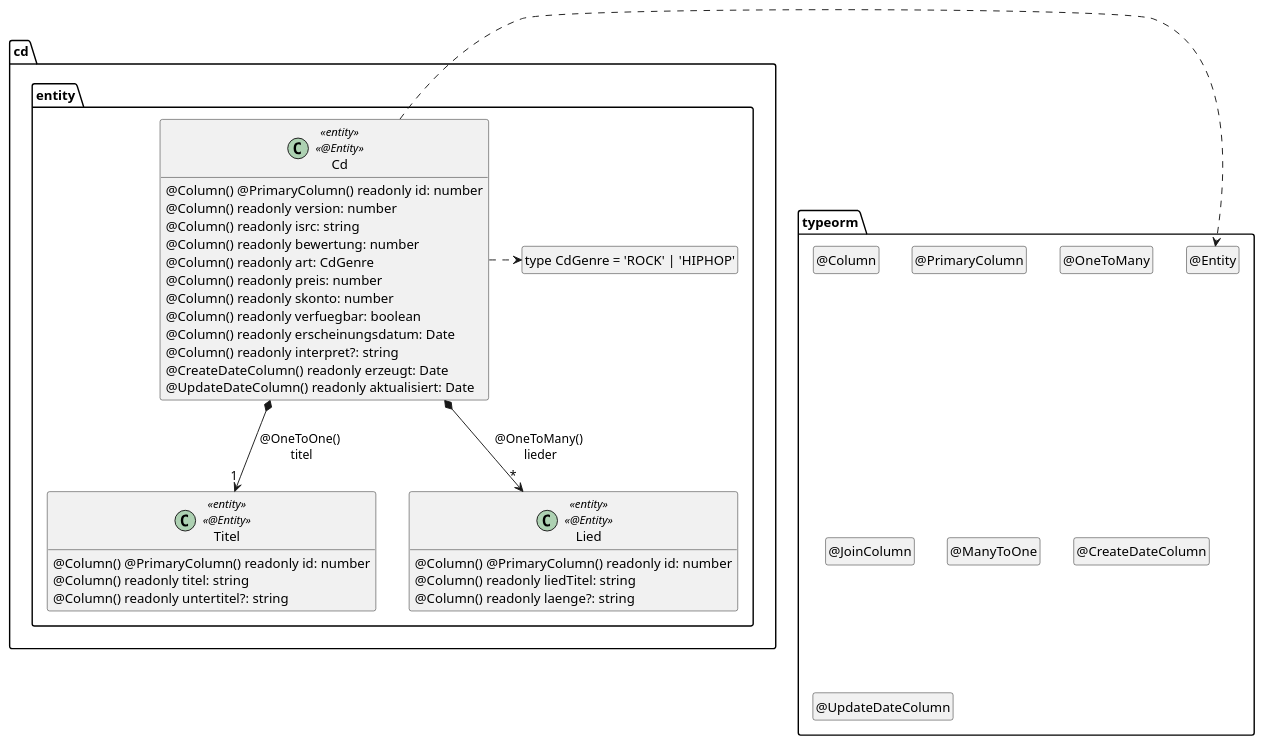
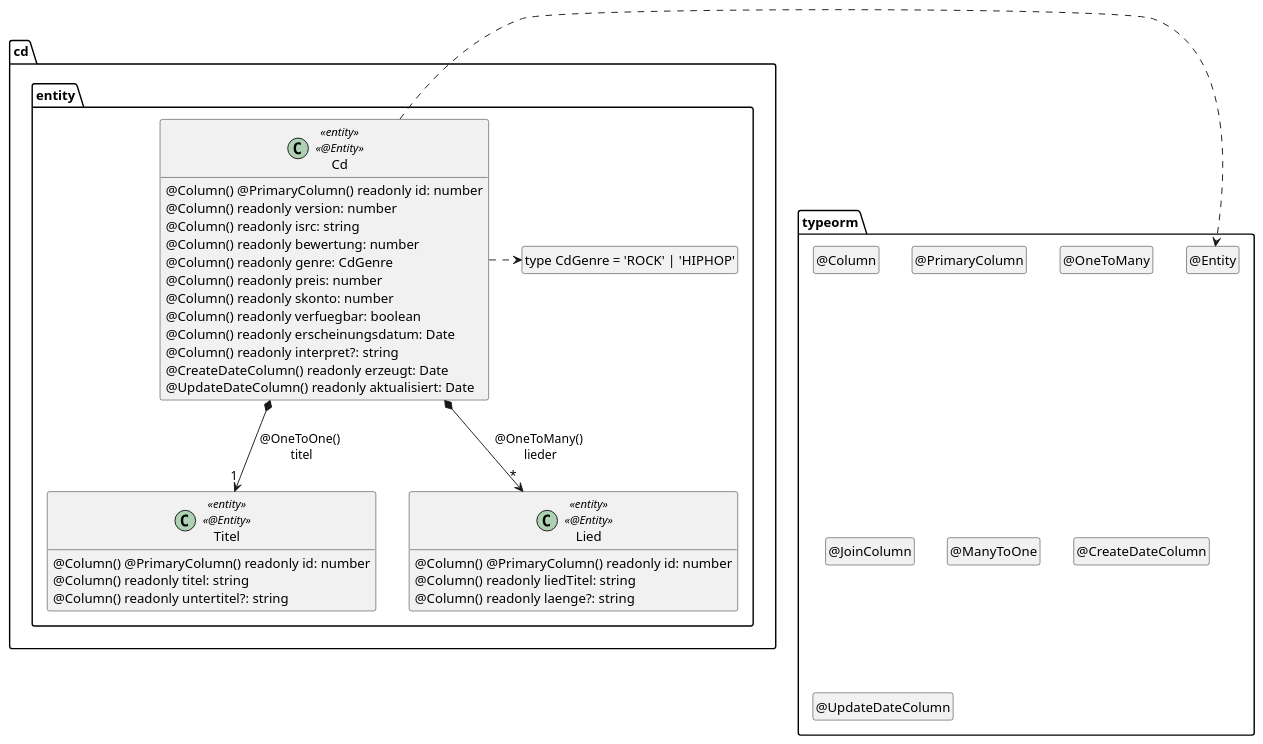
One commit to abda1014/cd changed the diagram in .extras/doc/projekthandbuch/CD.plantuml. Above: the diagram before and after it, drawn with PlantUML. The commit also changed 39 other files, not shown here.

```diff
--- a/.extras/doc/projekthandbuch/CD.plantuml
+++ b/.extras/doc/projekthandbuch/CD.plantuml
@@ -18,63 +18,63 @@
 @startuml Entity
 
 package typeorm {
   class "@Entity" as Entity
   hide Entity circle
   class "@Column" as Column
   hide Column circle
   class "@PrimaryColumn" as PrimaryColumn
   hide PrimaryColumn circle
   class "@OneToMany" as OneToMany
   hide OneToMany circle
   class "@JoinColumn" as JoinColumn
   hide JoinColumn circle
   class "@ManyToOne" as ManyToOne
   hide ManyToOne circle
   class "@CreateDateColumn" as CreateDateColumn
   hide CreateDateColumn circle
   class "@UpdateDateColumn" as UpdateDateColumn
   hide UpdateDateColumn circle
 }
 
 package cd.entity {
   class "type CdGenre = 'ROCK' | 'HIPHOP'" as CdGenre
   hide CdGenre circle
 
   class Cd <<entity>> <<@Entity>> {
     @Column() @PrimaryColumn() readonly id: number
     @Column() readonly version: number
     @Column() readonly isrc: string
     @Column() readonly bewertung: number
-    @Column() readonly art: CdGenre
+    @Column() readonly genre: CdGenre
     @Column() readonly preis: number
     @Column() readonly skonto: number
     @Column() readonly verfuegbar: boolean
     @Column() readonly erscheinungsdatum: Date
     @Column() readonly interpret?: string
     @CreateDateColumn() readonly erzeugt: Date
     @UpdateDateColumn() readonly aktualisiert: Date
   }
 
   class Titel <<entity>> <<@Entity>> {
     @Column() @PrimaryColumn() readonly id: number
     @Column() readonly titel: string
     @Column() readonly untertitel?: string
   }
 
   class Lied <<entity>> <<@Entity>> {
     @Column() @PrimaryColumn() readonly id: number
     @Column() readonly liedTitel: string
     @Column() readonly laenge?: string
   }
 
   Cd *--> "1" Titel : @OneToOne() \ntitel
   Cd *--> "*" Lied : @OneToMany() \nlieder
 
   Cd .right.> Entity
   Cd .right.> CdGenre
 }
 
 hide empty members
 
 
 @enduml
```
